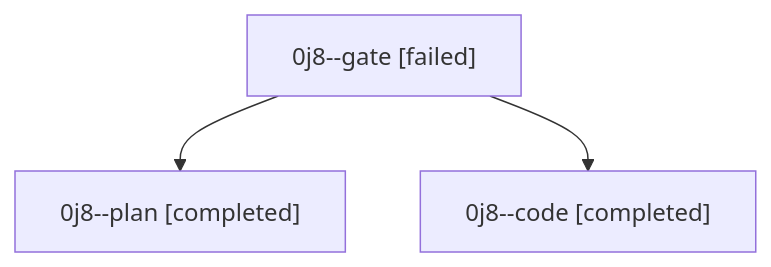
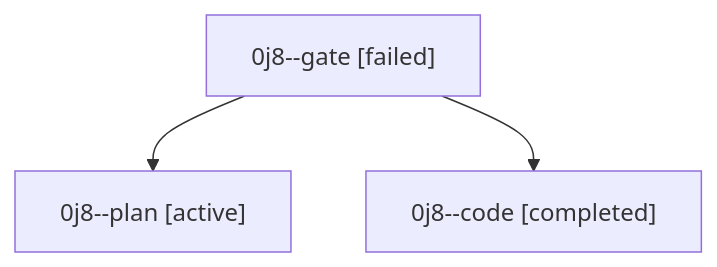
One commit to sase-org/sase--agents changed the diagram in families/bbugyi200.athena.0j8.md. Above: the diagram before and after it, drawn with Mermaid. The commit also changed other lines of this file and 35830 other files, not shown here.

````diff
--- a/families/bbugyi200.athena.0j8.md
+++ b/families/bbugyi200.athena.0j8.md
@@ -9,8 +9,8 @@
 ```mermaid
 flowchart TD
   n0["0j8--gate [failed]"]
-  n1["0j8--plan [completed]"]
+  n1["0j8--plan [active]"]
   n0 --> n1
   n2["0j8--code [completed]"]
   n0 --> n2
 ```
````
